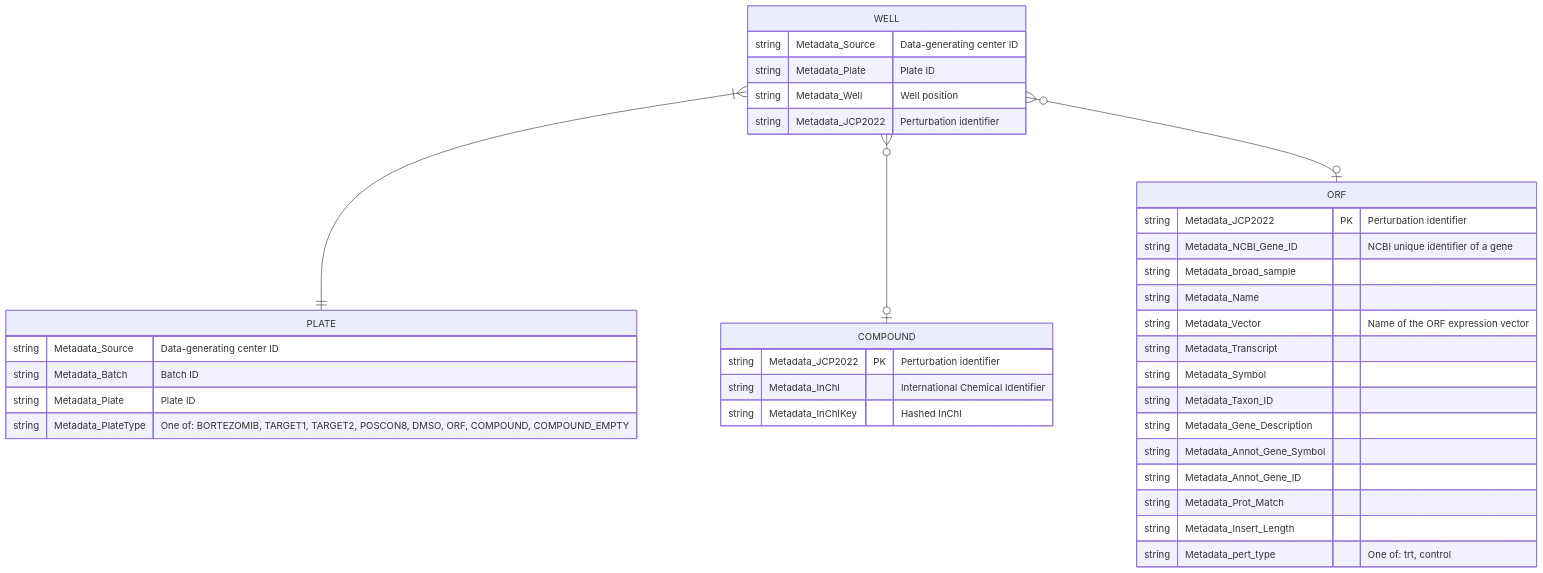
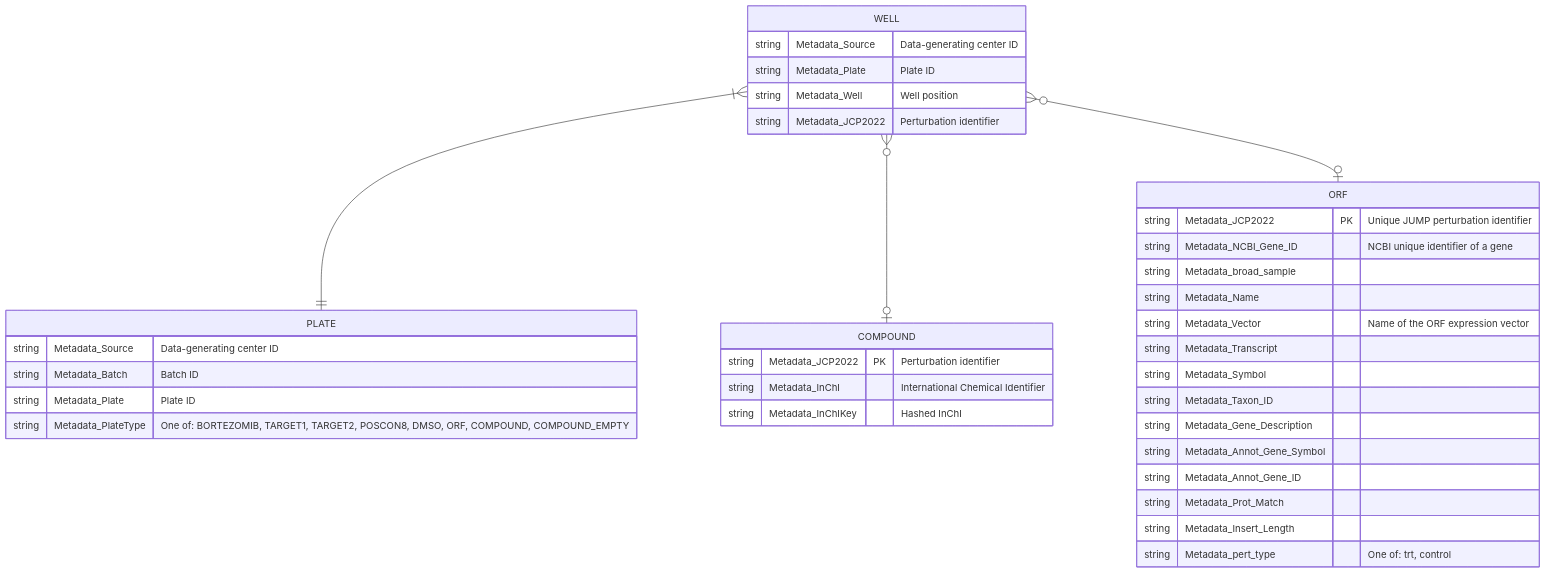
Before and after one commit to jump-cellpainting/datasets: the diagram in metadata/README.md, drawn with Mermaid.

````diff
--- a/metadata/README.md
+++ b/metadata/README.md
@@ -6,39 +6,39 @@
 ```mermaid
 erDiagram
     WELL }|--|| PLATE : ""
     WELL {
         string Metadata_Source "Data-generating center ID"
         string Metadata_Plate "Plate ID"
         string Metadata_Well "Well position"
         string Metadata_JCP2022 "Perturbation identifier"
     }
     PLATE {
         string Metadata_Source "Data-generating center ID"
         string Metadata_Batch "Batch ID"
         string Metadata_Plate "Plate ID"
         string Metadata_PlateType "One of: BORTEZOMIB, TARGET1, TARGET2, POSCON8, DMSO, ORF, COMPOUND, COMPOUND_EMPTY"
     }
     WELL }o--o| COMPOUND : ""
     COMPOUND {
         string Metadata_JCP2022 PK "Perturbation identifier"
         string Metadata_InChI "International Chemical Identifier"
         string Metadata_InChIKey "Hashed InChI"
     }
     WELL }o--o| ORF : ""
     ORF {
-        string Metadata_JCP2022 PK "Perturbation identifier"
+        string Metadata_JCP2022 PK "Unique JUMP perturbation identifier"
         string Metadata_NCBI_Gene_ID "NCBI unique identifier of a gene"
         string Metadata_broad_sample ""
         string Metadata_Name ""
         string Metadata_Vector "Name of the ORF expression vector"
         string Metadata_Transcript ""
         string Metadata_Symbol ""
         string Metadata_Taxon_ID ""
         string Metadata_Gene_Description ""
         string Metadata_Annot_Gene_Symbol ""
         string Metadata_Annot_Gene_ID ""
         string Metadata_Prot_Match ""
         string Metadata_Insert_Length ""
         string Metadata_pert_type "One of: trt, control"
     }
 ```
````
